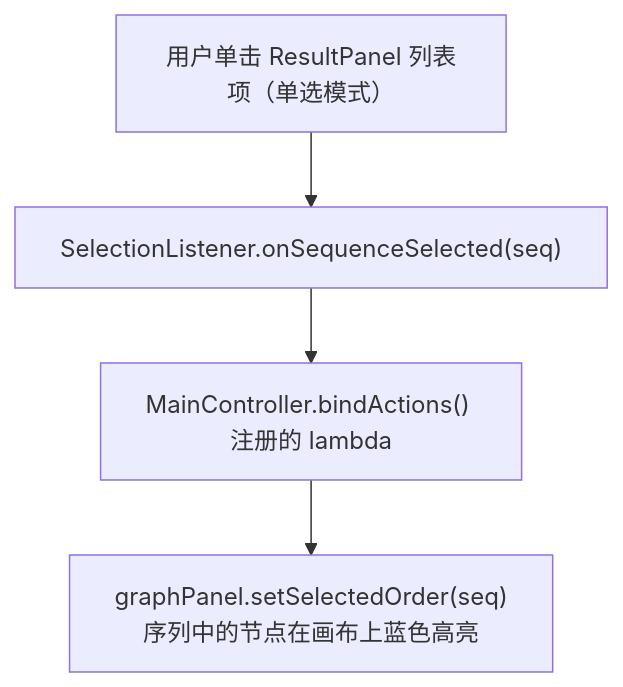
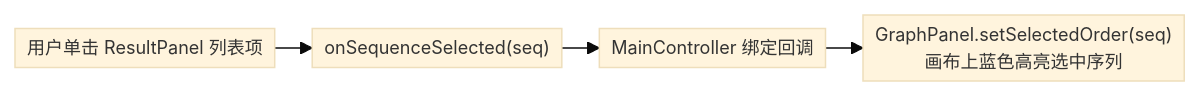
The fourth of 7 diagrams in docs/详细设计报告-GUI.md (yyj138/topological-sort), drawn with Mermaid before and after one commit. The commit also changed other lines of this file, not shown here.

Commit message:
【T-B】Mermaid图整体优化：init配置12px小字体+紧凑间距；节点文字缩短防截断；§2.3菜单去subgraph改横向；§3.3事件流改LR横向；§4.1类图节点精简；§8.1目录树精简

````diff
--- a/docs/详细设计报告-GUI.md
+++ b/docs/详细设计报告-GUI.md
@@ -207,8 +203,7 @@
 ```mermaid
-flowchart TB
-    U["用户单击 ResultPanel 列表项（单选模式）"]
-    L["SelectionListener.onSequenceSelected(seq)"]
-    M["MainController.bindActions() 注册的 lambda"]
-    G["graphPanel.setSelectedOrder(seq)<br/>序列中的节点在画布上蓝色高亮"]
-    U --> L --> M --> G
+%%{init: {'theme':'base','themeVariables':{'fontSize':'12px'},'flowchart':{'nodeSpacing':15,'rankSpacing':25,'padding':4}}}%%
+flowchart LR
+    U["用户单击 ResultPanel 列表项"] --> L["onSequenceSelected(seq)"]
+    L --> M["MainController 绑定回调"]
+    M --> G["GraphPanel.setSelectedOrder(seq)<br/>画布上蓝色高亮选中序列"]
 ```
````
